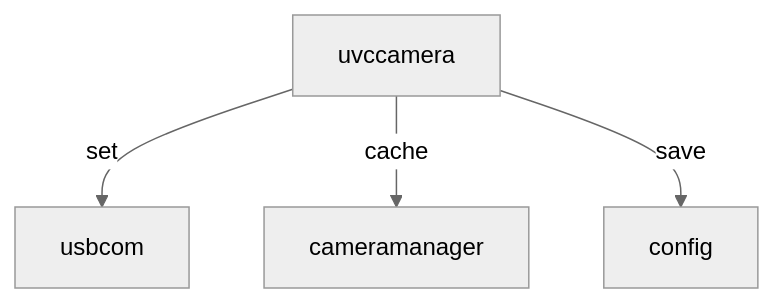
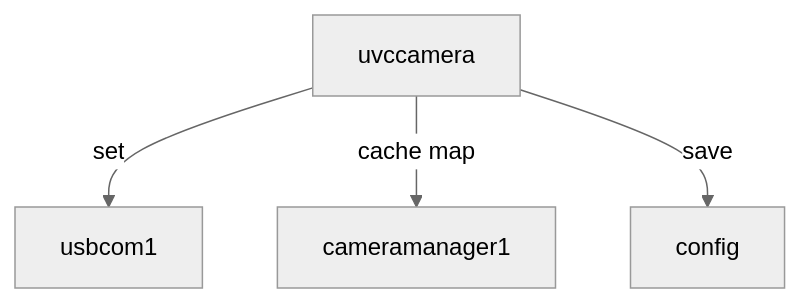
Before and after one commit to lml123-1/myCppStudyFile: the third of 3 diagrams in workfile/camera设计.md, drawn with Mermaid (neutral theme). The commit also changed other lines of this file and 2 other files, not shown here.

````diff
--- a/workfile/camera设计.md
+++ b/workfile/camera设计.md
@@ -142,6 +173,6 @@
 ```mermaid
 graph TD;
-  uvccamera -- set --> usbcom
-  uvccamera -- cache --> cameramanager
+  uvccamera -- set --> usbcom1
+  uvccamera -- cache map --> cameramanager1
   uvccamera -- save --> config
 ```
````
